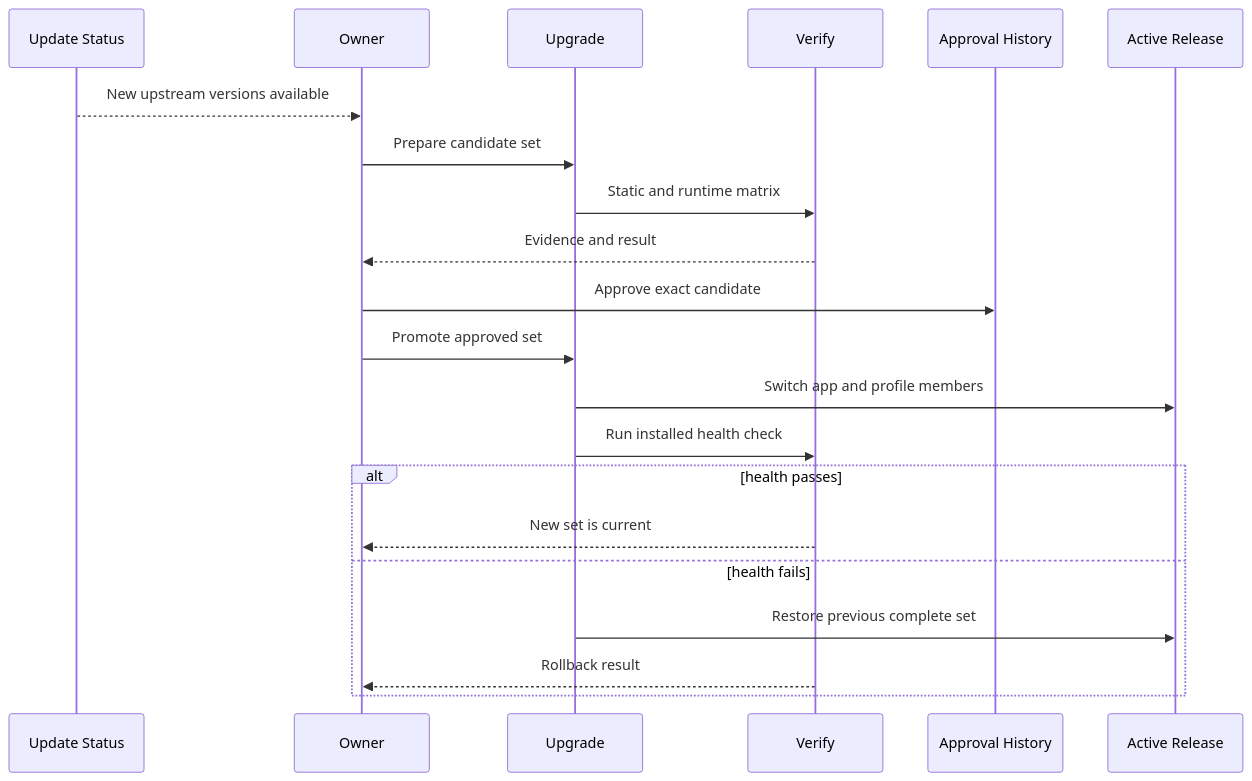
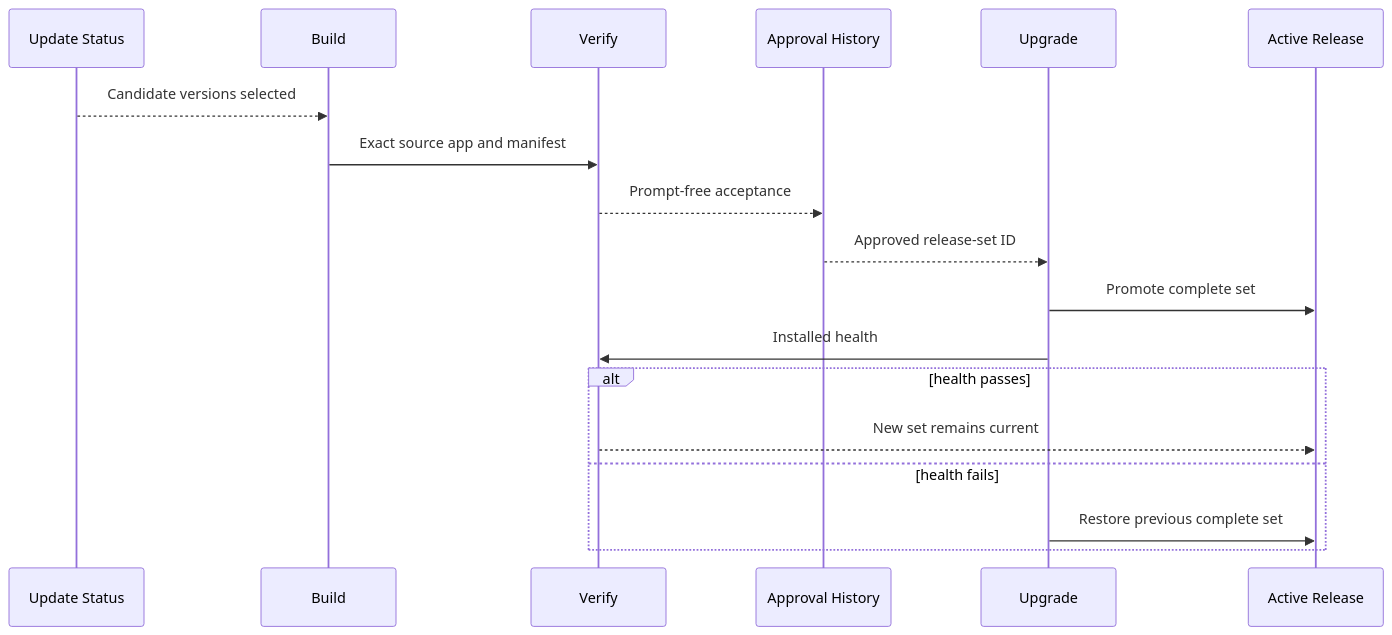
The diagram in wiki/flows/controlled-upgrade-and-rollback.md (alexwck/dbcode-wrapper), drawn with Mermaid before and after one commit. The commit also changed other lines of this file and 29 other files, not shown here.

````diff
--- a/wiki/flows/controlled-upgrade-and-rollback.md
+++ b/wiki/flows/controlled-upgrade-and-rollback.md
@@ -24,23 +24,20 @@
 ```mermaid
 sequenceDiagram
   participant Status as Update Status
-  participant Owner
-  participant Upgrade
+  participant Build
   participant Verify
   participant History as Approval History
+  participant Upgrade
   participant Active as Active Release
-  Status-->>Owner: New upstream versions available
-  Owner->>Upgrade: Prepare candidate set
-  Upgrade->>Verify: Static and runtime matrix
-  Verify-->>Owner: Evidence and result
-  Owner->>History: Approve exact candidate
-  Owner->>Upgrade: Promote approved set
-  Upgrade->>Active: Switch app and profile members
-  Upgrade->>Verify: Run installed health check
+  Status-->>Build: Candidate versions selected
+  Build->>Verify: Exact source app and manifest
+  Verify-->>History: Prompt-free acceptance
+  History-->>Upgrade: Approved release-set ID
+  Upgrade->>Active: Promote complete set
+  Upgrade->>Verify: Installed health
   alt health passes
-    Verify-->>Owner: New set is current
+    Verify-->>Active: New set remains current
   else health fails
     Upgrade->>Active: Restore previous complete set
-    Verify-->>Owner: Rollback result
   end
 ```
````
